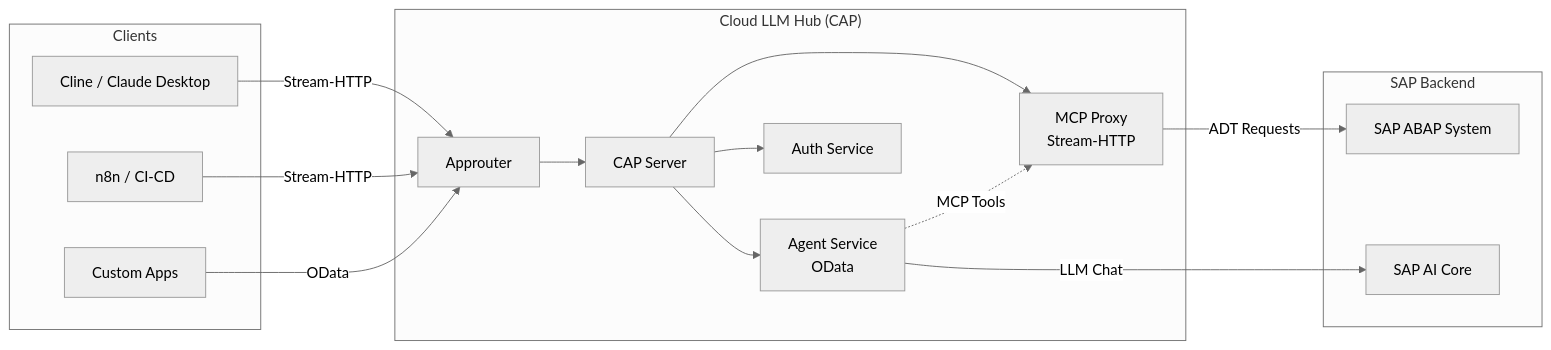
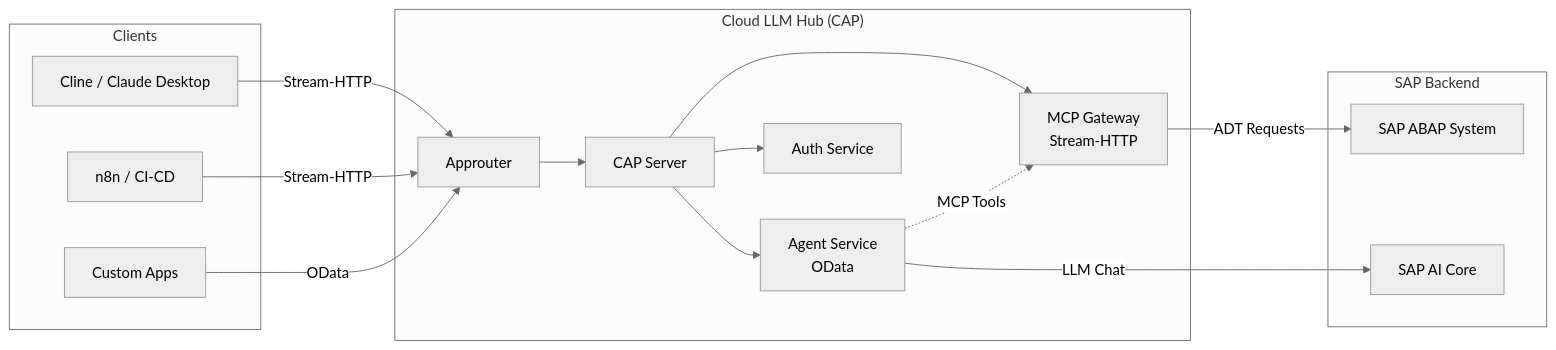
The first of 18 diagrams in docs/architechure/ARCHITECTURE.md (fr0ster/cloud-llm-hub), drawn with Mermaid (neutral theme) before and after one commit. The commit also changed other lines of this file and 1 other file, not shown here.

First line of the commit message:
docs: add mcp-abap-adt relationship section and 15-minute video plan

````diff
--- a/docs/architechure/ARCHITECTURE.md
+++ b/docs/architechure/ARCHITECTURE.md
@@ -31,34 +32,34 @@
 ```mermaid
 graph LR
     subgraph Clients
         CL[Cline / Claude Desktop]
         N8N[n8n / CI-CD]
         APP[Custom Apps]
     end
 
     subgraph "Cloud LLM Hub (CAP)"
         AR[Approuter]
         SRV[CAP Server]
-        MCP_PROXY[MCP Proxy<br/>Stream-HTTP]
+        MCP_PROXY[MCP Gateway<br/>Stream-HTTP]
         AGENT[Agent Service<br/>OData]
         AUTH[Auth Service]
     end
 
     subgraph "SAP Backend"
         ABAP[SAP ABAP System]
         AICORE[SAP AI Core]
     end
 
     CL -->|Stream-HTTP| AR
     N8N -->|Stream-HTTP| AR
     APP -->|OData| AR
 
     AR --> SRV
     SRV --> MCP_PROXY
     SRV --> AGENT
     SRV --> AUTH
 
     MCP_PROXY -->|ADT Requests| ABAP
     AGENT -->|LLM Chat| AICORE
     AGENT -.->|MCP Tools| MCP_PROXY
 ```
````
